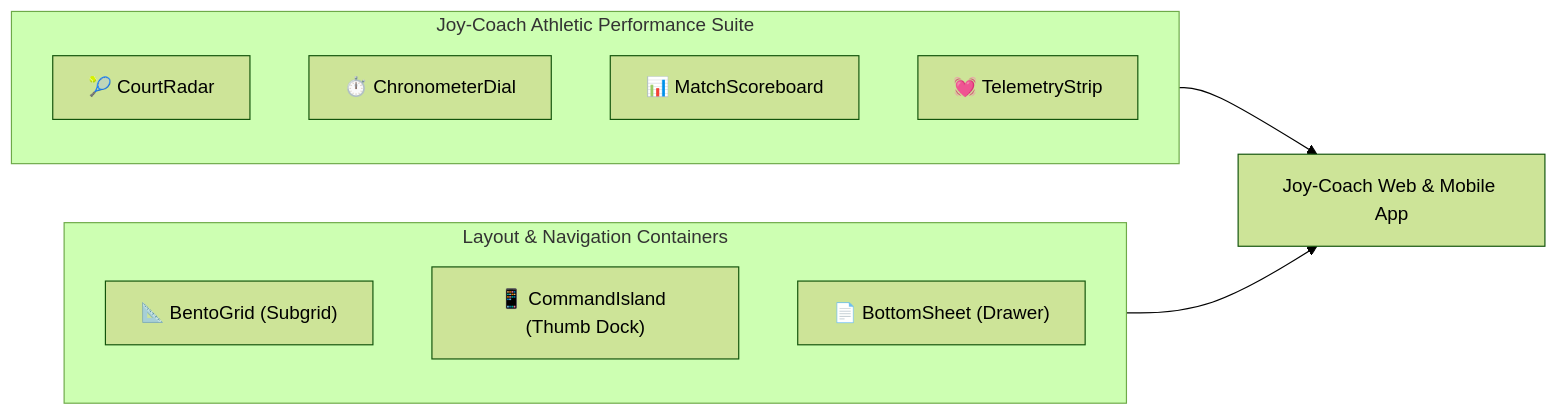
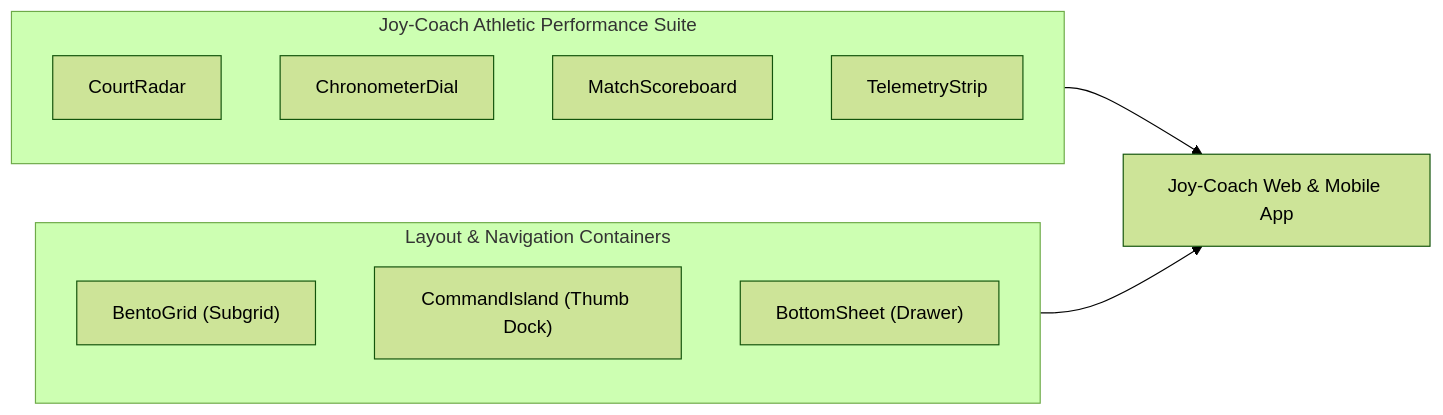
One commit to montionugera/joy-design changed the third of 4 diagrams in docs/superpowers/research/modern-design-elevation-research.md. Above: the diagram before and after it, drawn with Mermaid (forest theme). The commit also changed other lines of this file, not shown here.

````diff
--- a/docs/superpowers/research/modern-design-elevation-research.md
+++ b/docs/superpowers/research/modern-design-elevation-research.md
@@ -363,16 +363,16 @@
 ```mermaid
 flowchart LR
     subgraph Athletic["Joy-Coach Athletic Performance Suite"]
-        A["🎾 CourtRadar"]
-        B["⏱️ ChronometerDial"]
-        C["📊 MatchScoreboard"]
-        D["💓 TelemetryStrip"]
+        A["CourtRadar"]
+        B["ChronometerDial"]
+        C["MatchScoreboard"]
+        D["TelemetryStrip"]
     end
     subgraph Ergonomic["Layout & Navigation Containers"]
-        E["📐 BentoGrid (Subgrid)"]
-        F["📱 CommandIsland (Thumb Dock)"]
-        G["📄 BottomSheet (Drawer)"]
+        E["BentoGrid (Subgrid)"]
+        F["CommandIsland (Thumb Dock)"]
+        G["BottomSheet (Drawer)"]
     end
     Athletic --> CoachApp["Joy-Coach Web & Mobile App"]
     Ergonomic --> CoachApp
 ```
````
